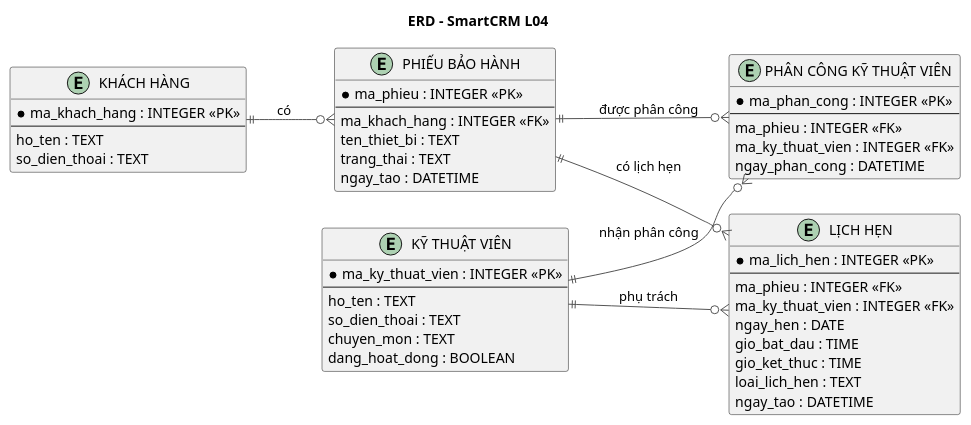
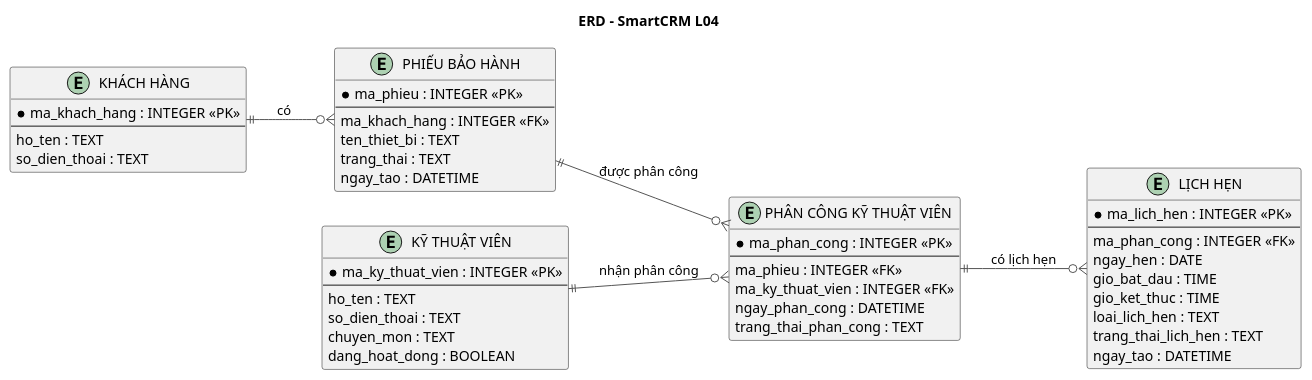
One commit to Hieu2374802010142/smartcrm-2374802010142-technician-assignment changed the diagram in docs/database/erd-l04.puml. Above: the diagram before and after it, drawn with PlantUML. The commit also changed 4 other files, not shown here.

```diff
--- a/docs/database/erd-l04.puml
+++ b/docs/database/erd-l04.puml
@@ -1,65 +1,64 @@
 @startuml
 title ERD - SmartCRM L04
 left to right direction
 
 skinparam backgroundColor white
 skinparam entity {
     BackgroundColor #F8F9FA
     BorderColor #333333
     FontColor #222222
 }
 skinparam ArrowColor #555555
 
 entity "KHÁCH HÀNG" as KH {
     * ma_khach_hang : INTEGER <<PK>>
     --
     ho_ten : TEXT
     so_dien_thoai : TEXT
 }
 
 entity "PHIẾU BẢO HÀNH" as PBH {
     * ma_phieu : INTEGER <<PK>>
     --
     ma_khach_hang : INTEGER <<FK>>
     ten_thiet_bi : TEXT
     trang_thai : TEXT
     ngay_tao : DATETIME
 }
 
 entity "KỸ THUẬT VIÊN" as KTV {
     * ma_ky_thuat_vien : INTEGER <<PK>>
     --
     ho_ten : TEXT
     so_dien_thoai : TEXT
     chuyen_mon : TEXT
     dang_hoat_dong : BOOLEAN
 }
 
 entity "PHÂN CÔNG KỸ THUẬT VIÊN" as PC {
     * ma_phan_cong : INTEGER <<PK>>
     --
     ma_phieu : INTEGER <<FK>>
     ma_ky_thuat_vien : INTEGER <<FK>>
     ngay_phan_cong : DATETIME
+    trang_thai_phan_cong : TEXT
 }
 
 entity "LỊCH HẸN" as LH {
     * ma_lich_hen : INTEGER <<PK>>
     --
-    ma_phieu : INTEGER <<FK>>
-    ma_ky_thuat_vien : INTEGER <<FK>>
+    ma_phan_cong : INTEGER <<FK>>
     ngay_hen : DATE
     gio_bat_dau : TIME
     gio_ket_thuc : TIME
     loai_lich_hen : TEXT
+    trang_thai_lich_hen : TEXT
     ngay_tao : DATETIME
 }
 
 KH ||--o{ PBH : "có"
 PBH ||--o{ PC : "được phân công"
 KTV ||--o{ PC : "nhận phân công"
-
-PBH ||--o{ LH : "có lịch hẹn"
-KTV ||--o{ LH : "phụ trách"
+PC ||--o{ LH : "có lịch hẹn"
 
 @enduml
```
